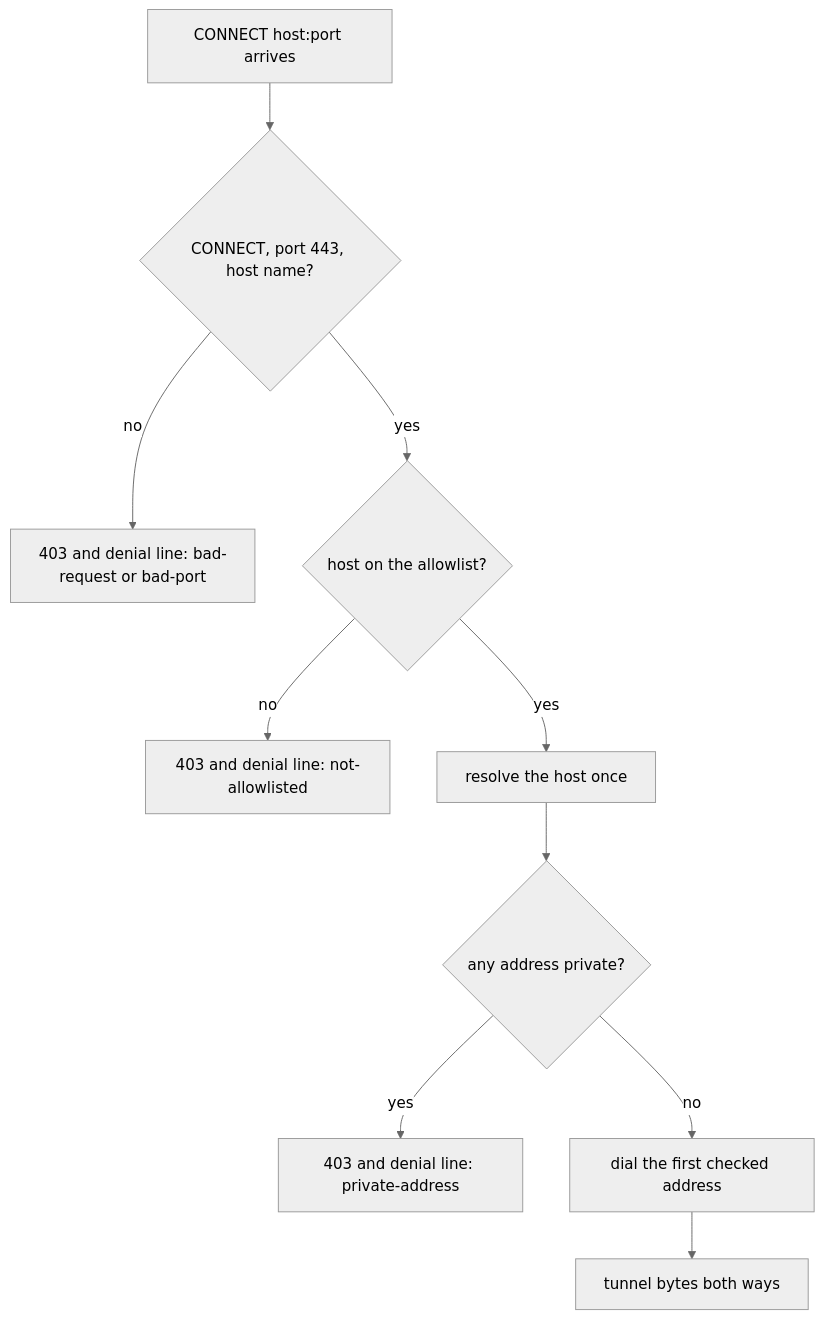
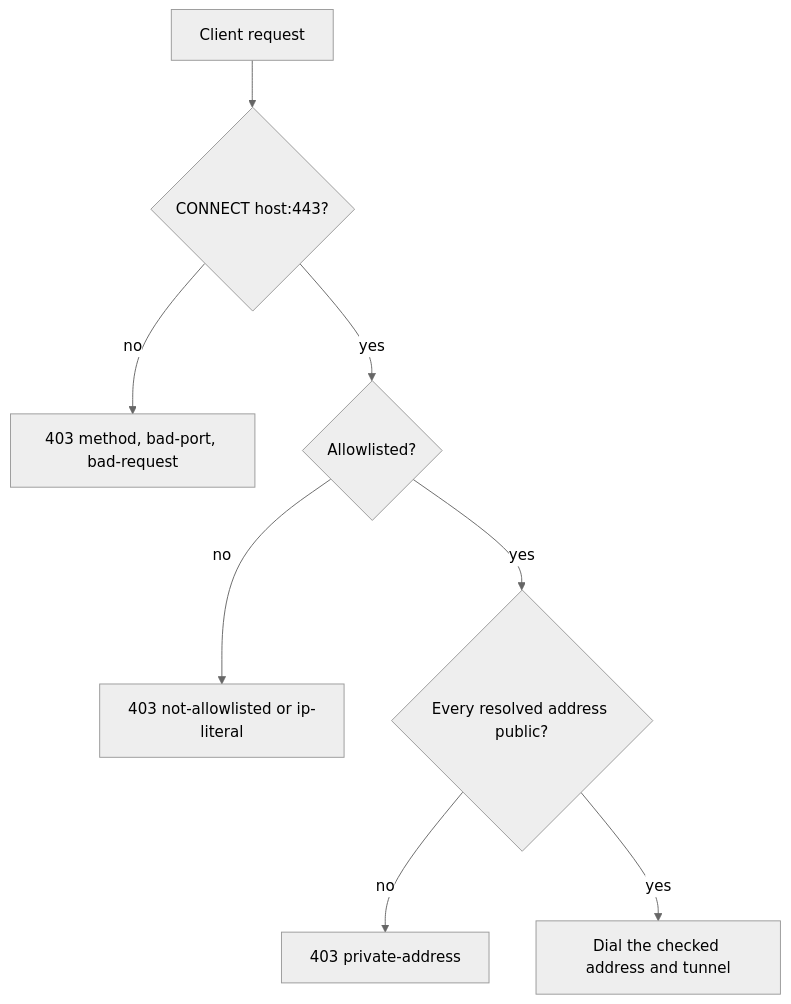
The diagram in docs/archive/pr-summaries/pr-summary-4046.md (stSoftwareAU/VibeCoder), drawn with Mermaid (neutral theme) before and after one commit. The commit also changed other lines of this file and 3 other files, not shown here.

````diff
--- a/docs/archive/pr-summaries/pr-summary-4046.md
+++ b/docs/archive/pr-summaries/pr-summary-4046.md
@@ -54,12 +67,10 @@
 ```mermaid
 flowchart TD
-    A["CONNECT host:port arrives"] --> B{"CONNECT, port 443, host name?"}
-    B -- no --> R1["403 and denial line: bad-request or bad-port"]
-    B -- yes --> C{"host on the allowlist?"}
-    C -- no --> R2["403 and denial line: not-allowlisted"]
-    C -- yes --> D["resolve the host once"]
-    D --> E{"any address private?"}
-    E -- yes --> R3["403 and denial line: private-address"]
-    E -- no --> F["dial the first checked address"]
-    F --> G["tunnel bytes both ways"]
+    C["Client request"] --> M{"CONNECT host:443?"}
+    M -->|no| X1["403 method, bad-port, bad-request"]
+    M -->|yes| A{"Allowlisted?"}
+    A -->|no| X2["403 not-allowlisted or ip-literal"]
+    A -->|yes| R{"Every resolved address public?"}
+    R -->|no| X3["403 private-address"]
+    R -->|yes| T["Dial the checked address and tunnel"]
 ```
````
